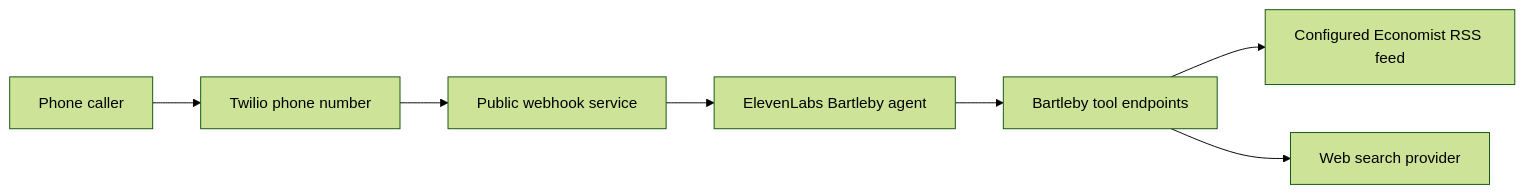
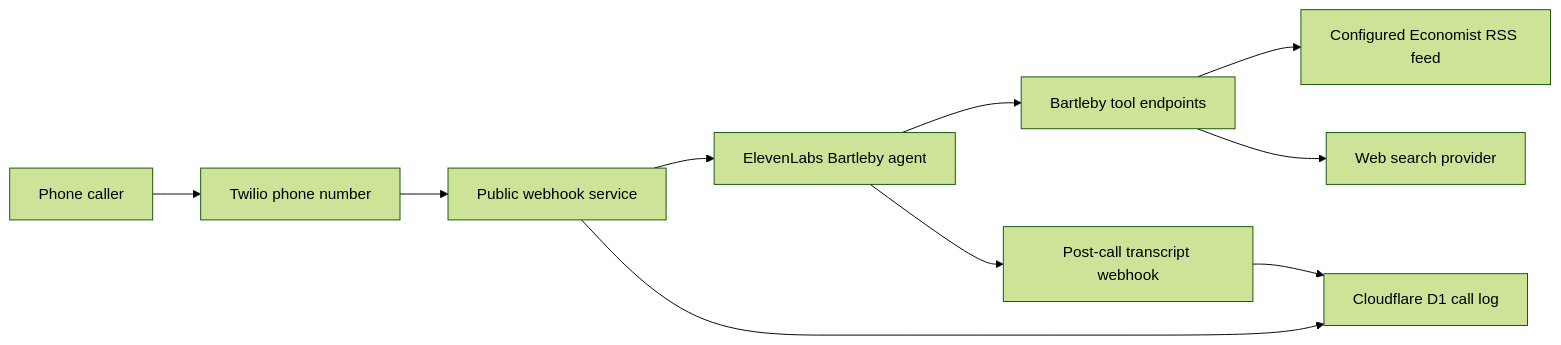
Before and after one commit to andrewfurman/Bartleby: the diagram in README.md, drawn with Mermaid (forest theme). The commit also changed other lines of this file and 12 other files, not shown here.

````diff
--- a/README.md
+++ b/README.md
@@ -31,9 +31,12 @@
 ```mermaid
 flowchart LR
   Caller[Phone caller] --> Twilio[Twilio phone number]
   Twilio --> Webhook[Public webhook service]
   Webhook --> ElevenLabs[ElevenLabs Bartleby agent]
   ElevenLabs --> Tools[Bartleby tool endpoints]
   Tools --> RSS[Configured Economist RSS feed]
   Tools --> Search[Web search provider]
+  Webhook --> D1[Cloudflare D1 call log]
+  ElevenLabs --> PostCall[Post-call transcript webhook]
+  PostCall --> D1
 ```
````
